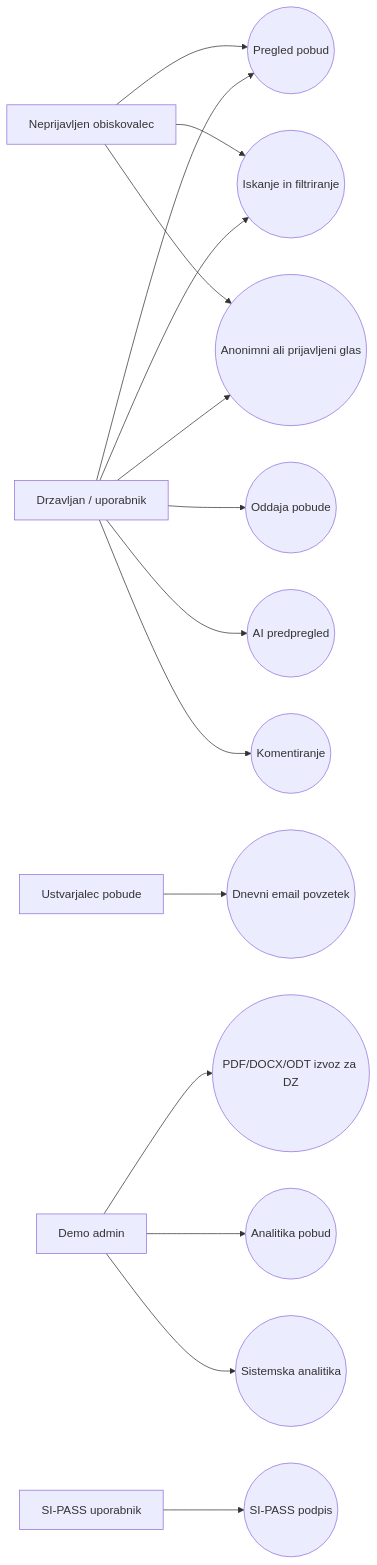
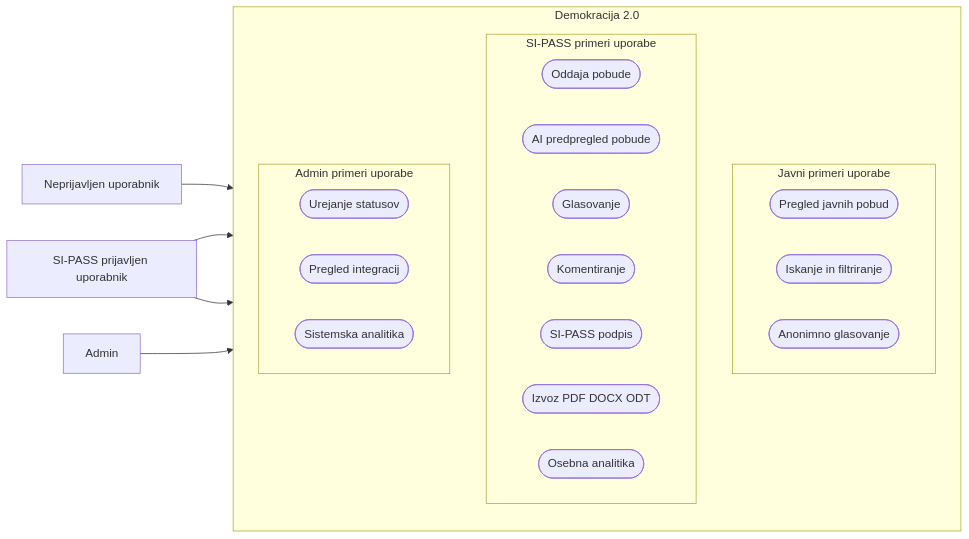
Before and after one commit to grisini/Demos: the first of 12 diagrams in README.md, drawn with Mermaid. The commit also changed other lines of this file and 5 other files, not shown here.

````diff
--- a/README.md
+++ b/README.md
@@ -17,35 +17,40 @@
 ```mermaid
 flowchart LR
-  Citizen[Drzavljan / uporabnik]
-  Anonymous[Neprijavljen obiskovalec]
-  Creator[Ustvarjalec pobude]
-  Admin[Demo admin]
-  Sipass[SI-PASS uporabnik]
+  Anonymous[Neprijavljen uporabnik]
+  Sipass[SI-PASS prijavljen uporabnik]
+  Admin[Admin]
 
-  Browse((Pregled pobud))
-  Search((Iskanje in filtriranje))
-  Vote((Anonimni ali prijavljeni glas))
-  Submit((Oddaja pobude))
-  AiReview((AI predpregled))
-  Comment((Komentiranje))
-  Sign((SI-PASS podpis))
-  Export((PDF/DOCX/ODT izvoz za DZ))
-  Analytics((Analitika pobud))
-  SystemAnalytics((Sistemska analitika))
-  DailyDigest((Dnevni email povzetek))
+  subgraph App[Demokracija 2.0]
+    direction TB
 
-  Anonymous --> Browse
-  Anonymous --> Search
-  Anonymous --> Vote
-  Citizen --> Browse
-  Citizen --> Search
-  Citizen --> Vote
-  Citizen --> Submit
-  Citizen --> AiReview
-  Citizen --> Comment
-  Creator --> DailyDigest
-  Sipass --> Sign
-  Admin --> Export
-  Admin --> Analytics
-  Admin --> SystemAnalytics
+    subgraph PublicCases[Javni primeri uporabe]
+      direction LR
+      PublicList([Pregled javnih pobud])
+      Search([Iskanje in filtriranje])
+      AnonymousVote([Anonimno glasovanje])
+    end
+
+    subgraph SipassCases[SI-PASS primeri uporabe]
+      direction LR
+      Submit([Oddaja pobude])
+      AiReview([AI predpregled pobude])
+      Vote([Glasovanje])
+      Comment([Komentiranje])
+      SipassSign([SI-PASS podpis])
+      ExportDocs([Izvoz PDF DOCX ODT])
+      UserAnalytics([Osebna analitika])
+    end
+
+    subgraph AdminCases[Admin primeri uporabe]
+      direction LR
+      StatusAdmin([Urejanje statusov])
+      Integrations([Pregled integracij])
+      SystemAnalytics([Sistemska analitika])
+    end
+  end
+
+  Anonymous --> PublicCases
+  Sipass --> PublicCases
+  Sipass --> SipassCases
+  Admin --> AdminCases
 ```
````
